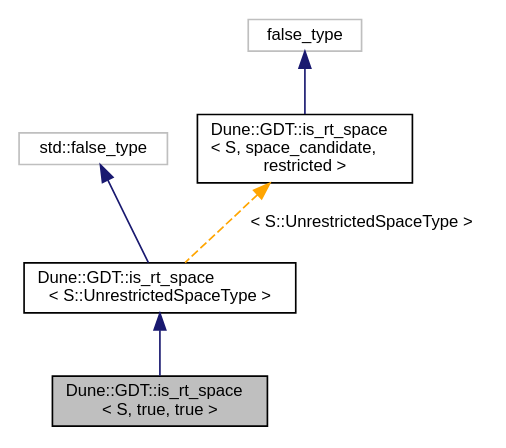
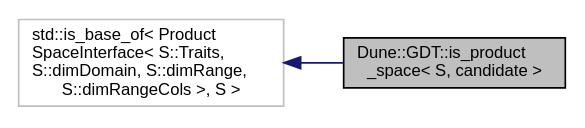
Before and after one commit to dune-community/dune-community.github.io: the diagram in docs/dune-gdt/''/a03163.dot, drawn with Graphviz. The commit also changed 2647 other files, not shown here.

Commit message:
Updated documentation for dune-gdt ''

```diff
--- a/docs/dune-gdt/''/a03163.dot
+++ b/docs/dune-gdt/''/a03163.dot
@@ -1,14 +1,9 @@
-digraph "Dune::GDT::is_rt_space&lt; S, true, true &gt;"
+digraph "Dune::GDT::is_product_space&lt; S, candidate &gt;"
 {
   edge [fontname="Helvetica",fontsize="10",labelfontname="Helvetica",labelfontsize="10"];
   node [fontname="Helvetica",fontsize="10",shape=record];
-  Node0 [label="Dune::GDT::is_rt_space\l\< S, true, true \>",height=0.2,width=0.4,color="black", fillcolor="grey75", style="filled", fontcolor="black"];
+  rankdir="LR";
+  Node0 [label="Dune::GDT::is_product\l_space\< S, candidate \>",height=0.2,width=0.4,color="black", fillcolor="grey75", style="filled", fontcolor="black"];
   Node1 -> Node0 [dir="back",color="midnightblue",fontsize="10",style="solid",fontname="Helvetica"];
-  Node1 [label="Dune::GDT::is_rt_space\l\< S::UnrestrictedSpaceType \>",height=0.2,width=0.4,color="black", fillcolor="white", style="filled",URL="$a03156.html"];
-  Node2 -> Node1 [dir="back",color="midnightblue",fontsize="10",style="solid",fontname="Helvetica"];
-  Node2 [label="std::false_type",height=0.2,width=0.4,color="grey75", fillcolor="white", style="filled"];
-  Node3 -> Node1 [dir="back",color="orange",fontsize="10",style="dashed",label=" \< S::UnrestrictedSpaceType \>" ,fontname="Helvetica"];
-  Node3 [label="Dune::GDT::is_rt_space\l\< S, space_candidate,\l restricted \>",height=0.2,width=0.4,color="black", fillcolor="white", style="filled",URL="$a03156.html"];
-  Node4 -> Node3 [dir="back",color="midnightblue",fontsize="10",style="solid",fontname="Helvetica"];
-  Node4 [label="false_type",height=0.2,width=0.4,color="grey75", fillcolor="white", style="filled"];
+  Node1 [label="std::is_base_of\< Product\lSpaceInterface\< S::Traits,\l S::dimDomain, S::dimRange,\l S::dimRangeCols \>, S \>",height=0.2,width=0.4,color="grey75", fillcolor="white", style="filled"];
 }
```
